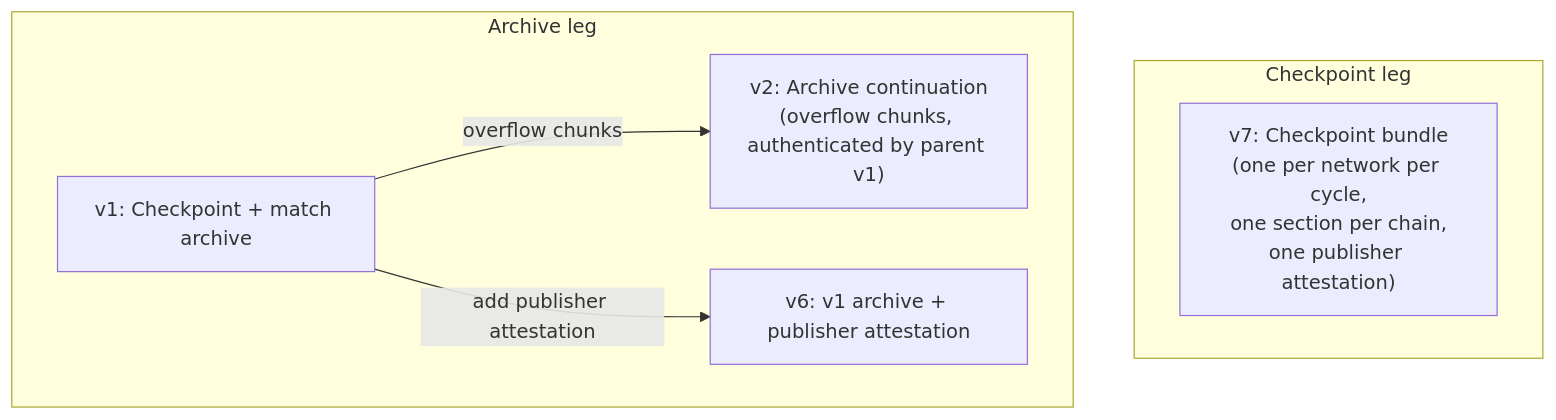
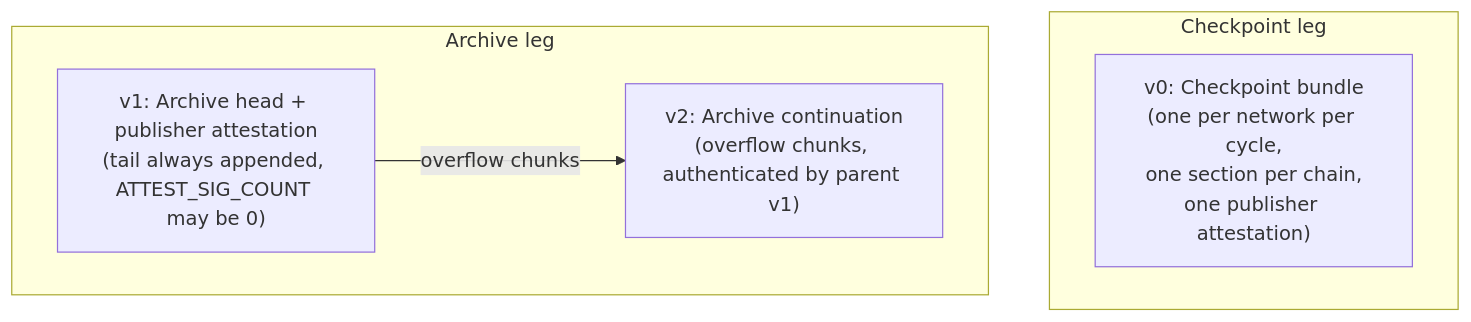
The first of 3 diagrams in protocol/actions/anchor.md (XChain-Platform/xchain-documentation), drawn with Mermaid before and after one commit. The commit also changed other lines of this file and 10 other files, not shown here.

````diff
--- a/protocol/actions/anchor.md
+++ b/protocol/actions/anchor.md
@@ -29,13 +45,11 @@
 ```mermaid
 flowchart TD
     subgraph CP["Checkpoint leg"]
-      v7["v7: Checkpoint bundle<br>(one per network per cycle,<br>one section per chain,<br>one publisher attestation)"]
+      v0["v0: Checkpoint bundle<br>(one per network per cycle,<br>one section per chain,<br>one publisher attestation)"]
     end
     subgraph AR["Archive leg"]
-      v1["v1: Checkpoint + match archive"]
+      v1["v1: Archive head + publisher attestation<br>(tail always appended, ATTEST_SIG_COUNT may be 0)"]
       v2["v2: Archive continuation<br>(overflow chunks, authenticated by parent v1)"]
-      v6["v6: v1 archive + publisher attestation"]
       v1 -->|"overflow chunks"| v2
-      v1 -->|"add publisher attestation"| v6
     end
 ```
````
